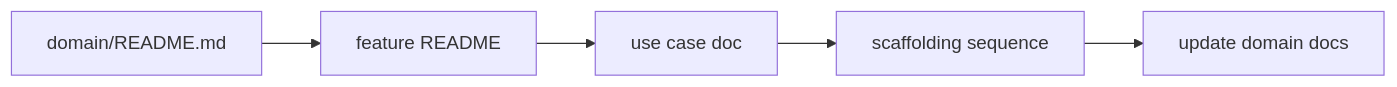
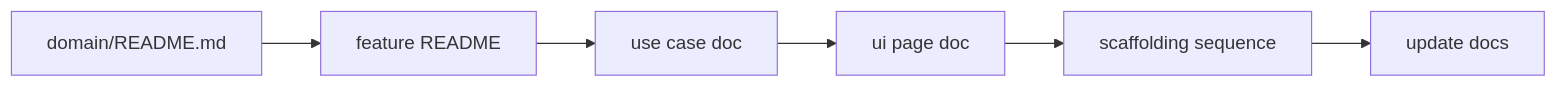
The diagram in docs/guides/agentic-domain-driven-design.md (Litenova-Solutions/Engineering-Standards), drawn with Mermaid before and after one commit. The commit also changed other lines of this file and 5 other files, not shown here.

````diff
--- a/docs/guides/agentic-domain-driven-design.md
+++ b/docs/guides/agentic-domain-driven-design.md
@@ -95,9 +142,10 @@
 ```mermaid
 flowchart LR
   A[domain/README.md]
   B[feature README]
   C[use case doc]
+  U[ui page doc]
   D[scaffolding sequence]
-  E[update domain docs]
-  A --> B --> C --> D --> E
+  E[update docs]
+  A --> B --> C --> U --> D --> E
 ```
````
